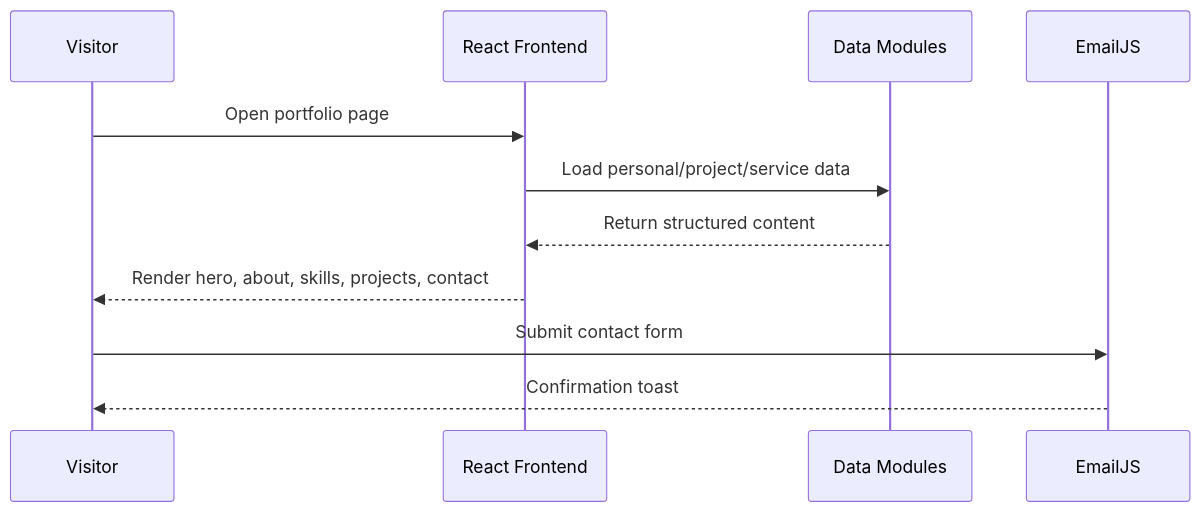
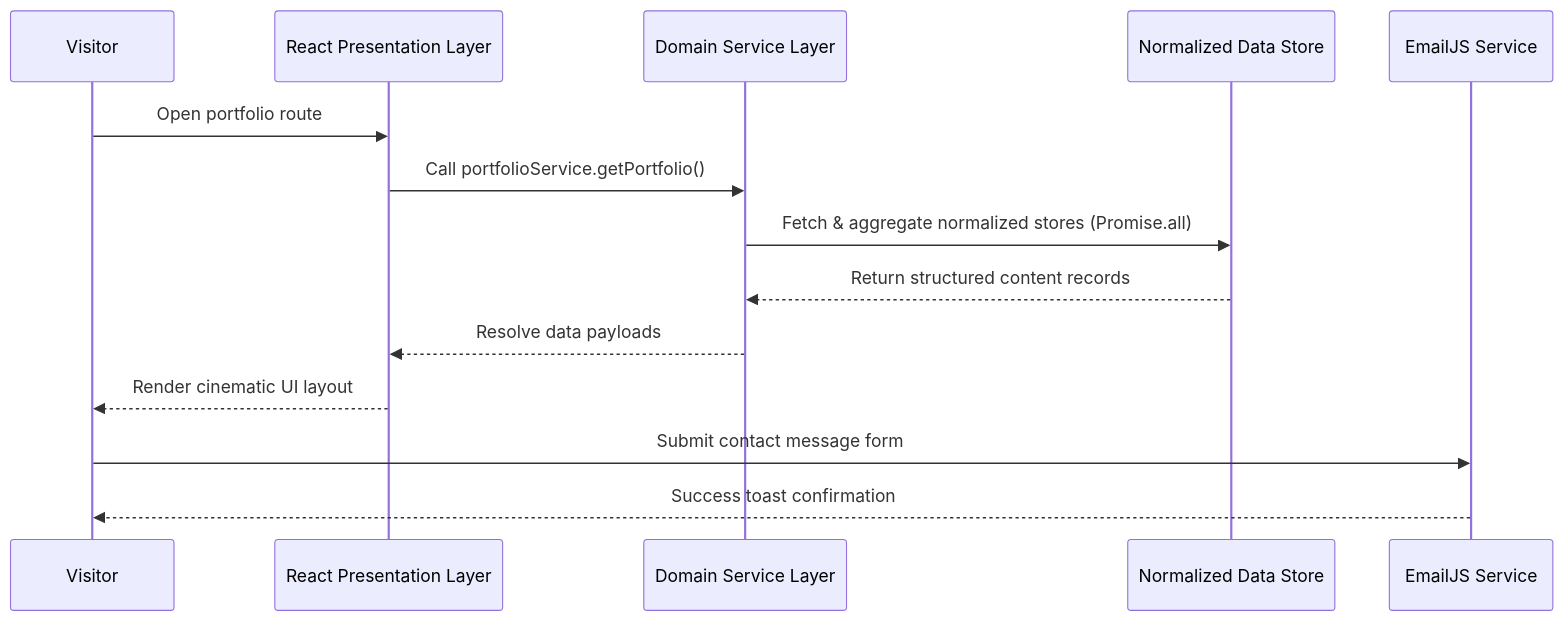
Before and after one commit to Haiderali445/portfolio-website: the third of 4 diagrams in README.md, drawn with Mermaid. The commit also changed other lines of this file and 50 other files, not shown here.

Commit message:
feat(architecture): refactor to 3-tier domain service layer, dynamic data modules, and updated UI components

````diff
--- a/README.md
+++ b/README.md
@@ -180,14 +213,18 @@
 ```mermaid
 sequenceDiagram
     participant Visitor
-    participant Frontend as React Frontend
-    participant Data as Data Modules
-    participant Contact as EmailJS
+    participant Frontend as React Presentation Layer
+    participant Service as Domain Service Layer
+    participant Data as Normalized Data Store
+    participant Contact as EmailJS Service
 
-    Visitor->>Frontend: Open portfolio page
-    Frontend->>Data: Load personal/project/service data
-    Data-->>Frontend: Return structured content
-    Frontend-->>Visitor: Render hero, about, skills, projects, contact
-    Visitor->>Contact: Submit contact form
-    Contact-->>Visitor: Confirmation toast
+    Visitor->>Frontend: Open portfolio route
+    Frontend->>Service: Call portfolioService.getPortfolio()
+    Service->>Data: Fetch & aggregate normalized stores (Promise.all)
+    Data-->>Service: Return structured content records
+    Service-->>Frontend: Resolve data payloads
+    Frontend-->>Visitor: Render cinematic UI layout
+    Visitor->>Contact: Submit contact message form
+    Contact-->>Visitor: Success toast confirmation
+
 ```
````
